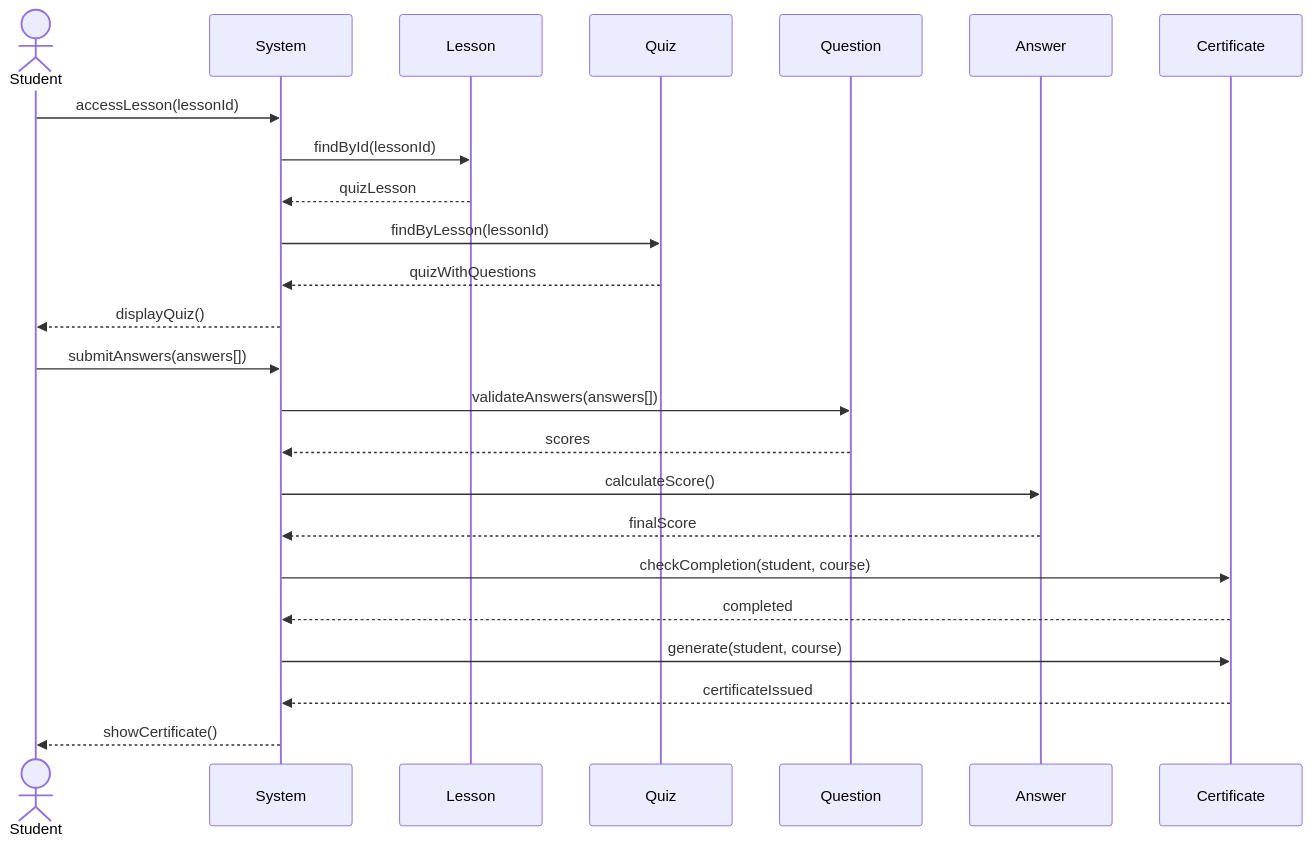
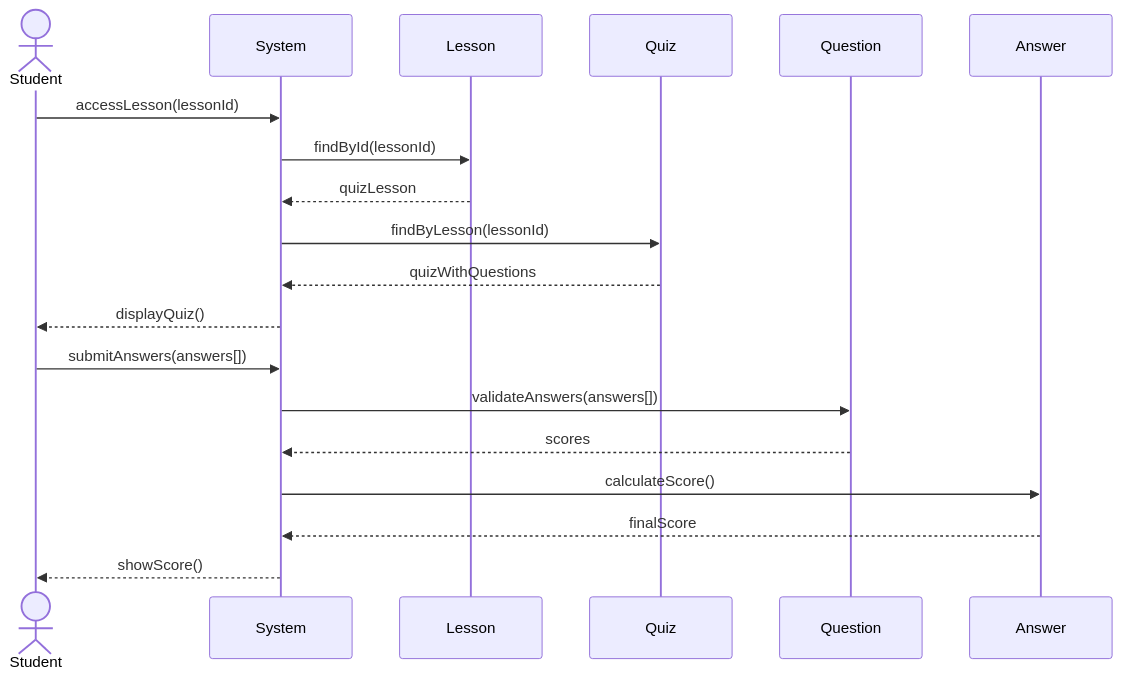
The fifth of 6 diagrams in diagrams/Sequence_Diagrams.md (VanDung-dev/LearnOnline), drawn with Mermaid before and after one commit. The commit also changed other lines of this file, not shown here.

First line of the commit message:
docs(diagrams): improve sequence diagram organization and clarity

````diff
--- a/diagrams/Sequence_Diagrams.md
+++ b/diagrams/Sequence_Diagrams.md
@@ -53,29 +75,23 @@
 ```mermaid
 sequenceDiagram
     actor Student
     participant System
     participant Lesson
     participant Quiz
     participant Question
     participant Answer
-    participant Certificate
 
     Student->>System: accessLesson(lessonId)
     System->>Lesson: findById(lessonId)
     Lesson-->>System: quizLesson
     System->>Quiz: findByLesson(lessonId)
     Quiz-->>System: quizWithQuestions
     System-->>Student: displayQuiz()
 
     Student->>System: submitAnswers(answers[])
     System->>Question: validateAnswers(answers[])
     Question-->>System: scores
     System->>Answer: calculateScore()
     Answer-->>System: finalScore
-
-    System->>Certificate: checkCompletion(student, course)
-    Certificate-->>System: completed
-    System->>Certificate: generate(student, course)
-    Certificate-->>System: certificateIssued
-    System-->>Student: showCertificate()
+    System-->>Student: showScore()
 ```
````
